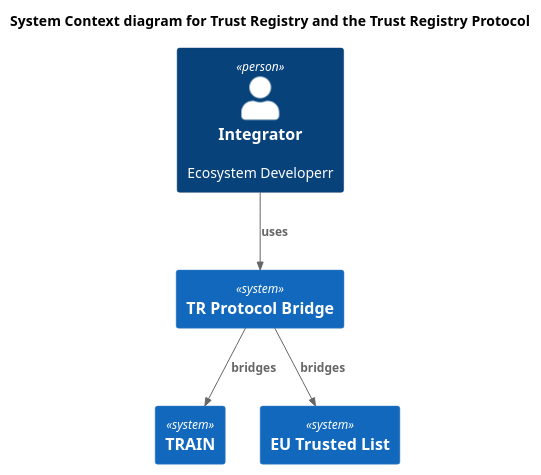
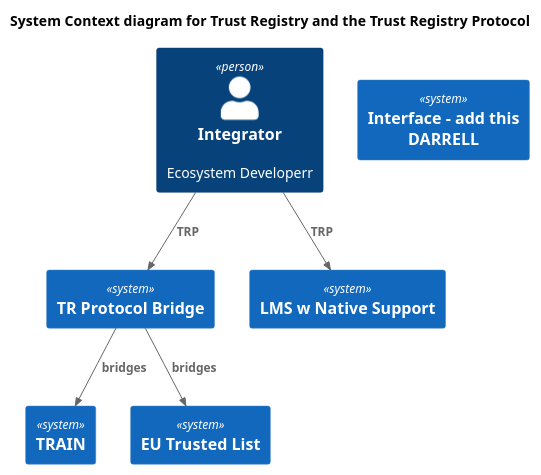
The diagram in v2/logical/protocol-bridging.plantuml (trustoverip/tswg-trust-registry-tf), drawn with PlantUML before and after one commit. The commit also changed 1 other file, not shown here.

Commit message:
WIP - added interface concept but not done.

```diff
--- a/v2/logical/protocol-bridging.plantuml
+++ b/v2/logical/protocol-bridging.plantuml
@@ -1,21 +1,25 @@
 @startuml
 !include https://raw.githubusercontent.com/plantuml-stdlib/C4-PlantUML/master/C4_Context.puml
 ' uncomment the following line and comment the first to use locally
 ' !include C4_Context.puml
 
 
 title System Context diagram for Trust Registry and the Trust Registry Protocol
 
 Person(Integrator, "Integrator", "Ecosystem Developerr")
 
 System(Bridge, "TR Protocol Bridge")
 System(TRAIN, "TRAIN")
 System(EUTrustedList, "EU Trusted List")
+System(NativeSupport, "LMS w Native Support")
 
-Rel(Integrator, Bridge, "uses")
+Rel(Integrator, Bridge, "TRP")
 Rel(Bridge, TRAIN,"bridges")
 Rel(Bridge, EUTrustedList, "bridges")
 
+Rel(Integrator, NativeSupport,"TRP")
+
+System(nterface,"Interface - add this DARRELL")
 
 
 @enduml 
```
